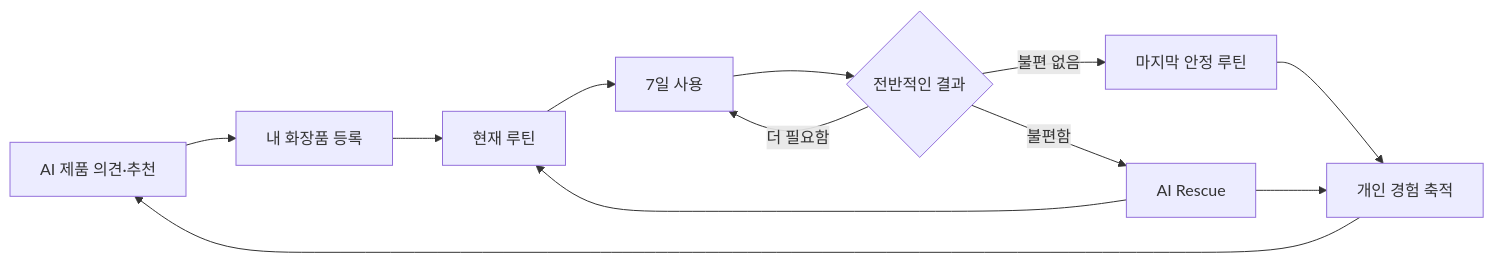
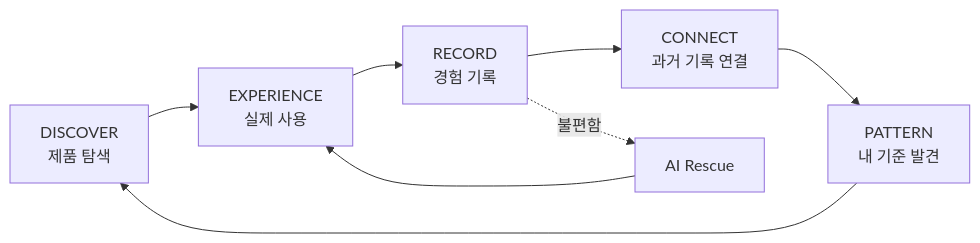
Before and after one commit to Sehoon-Jeong/app: the diagram in docs/01-product-brief.md, drawn with Mermaid. The commit also changed other lines of this file and 28 other files, not shown here.

````diff
--- a/docs/01-product-brief.md
+++ b/docs/01-product-brief.md
@@ -48,14 +34,10 @@
 ```mermaid
 flowchart LR
-  A[AI 제품 의견·추천] --> B[내 화장품 등록]
-  B --> C[현재 루틴]
-  C --> D[7일 사용]
-  D --> E{전반적인 결과}
-  E -- 불편 없음 --> F[마지막 안정 루틴]
-  E -- 불편함 --> G[AI Rescue]
-  E -- 더 필요함 --> D
-  G --> C
-  F --> H[개인 경험 축적]
-  G --> H
-  H --> A
+  A[DISCOVER<br/>제품 탐색] --> B[EXPERIENCE<br/>실제 사용]
+  B --> C[RECORD<br/>경험 기록]
+  C --> D[CONNECT<br/>과거 기록 연결]
+  D --> E[PATTERN<br/>내 기준 발견]
+  E --> A
+  C -. 불편함 .-> F[AI Rescue]
+  F --> B
 ```
````
